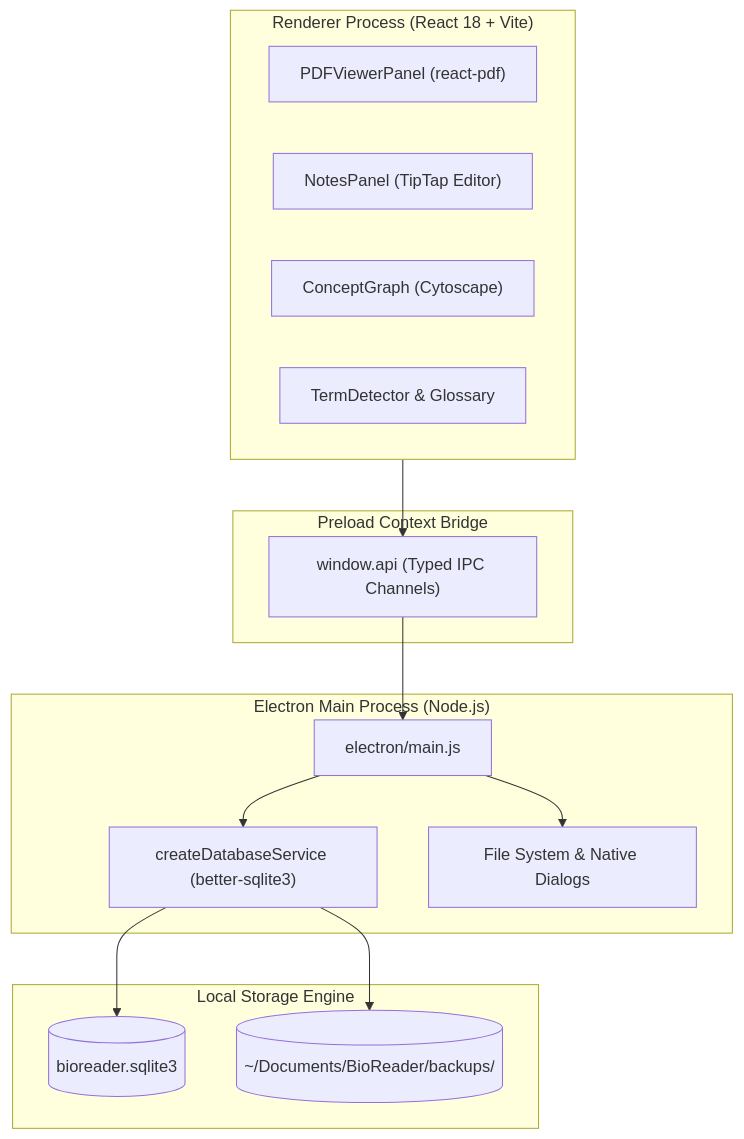
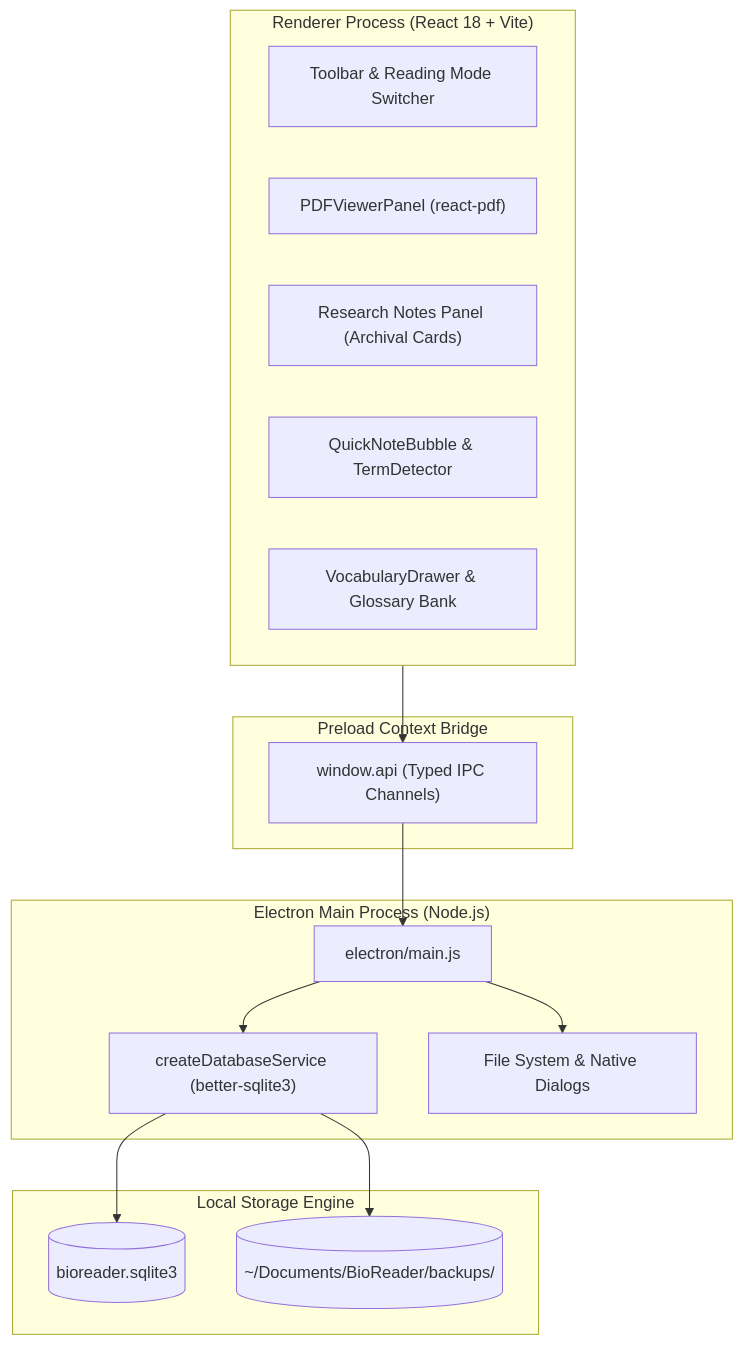
The diagram in README.md (BurakBulut-sh/BioReader), drawn with Mermaid before and after one commit. The commit also changed other lines of this file, not shown here.

Commit message:
docs: update README with monograph architecture and visual system features

````diff
--- a/README.md
+++ b/README.md
@@ -35,31 +37,32 @@
 ```mermaid
 flowchart TD
     subgraph UI ["Renderer Process (React 18 + Vite)"]
+        TB["Toolbar & Reading Mode Switcher"]
         PV["PDFViewerPanel (react-pdf)"]
-        NP["NotesPanel (TipTap Editor)"]
-        CG["ConceptGraph (Cytoscape)"]
-        TM["TermDetector & Glossary"]
+        NP["Research Notes Panel (Archival Cards)"]
+        QB["QuickNoteBubble & TermDetector"]
+        VB["VocabularyDrawer & Glossary Bank"]
     end
 
     subgraph Bridge ["Preload Context Bridge"]
         API["window.api (Typed IPC Channels)"]
     end
 
     subgraph Main ["Electron Main Process (Node.js)"]
         EM["electron/main.js"]
         DB["createDatabaseService (better-sqlite3)"]
         FS["File System & Native Dialogs"]
     end
 
     subgraph Storage ["Local Storage Engine"]
         SQL[("bioreader.sqlite3")]
         BAK[("~/Documents/BioReader/backups/")]
     end
 
     UI --> API
     API --> EM
     EM --> DB
     EM --> FS
     DB --> SQL
     DB --> BAK
 ```
````
